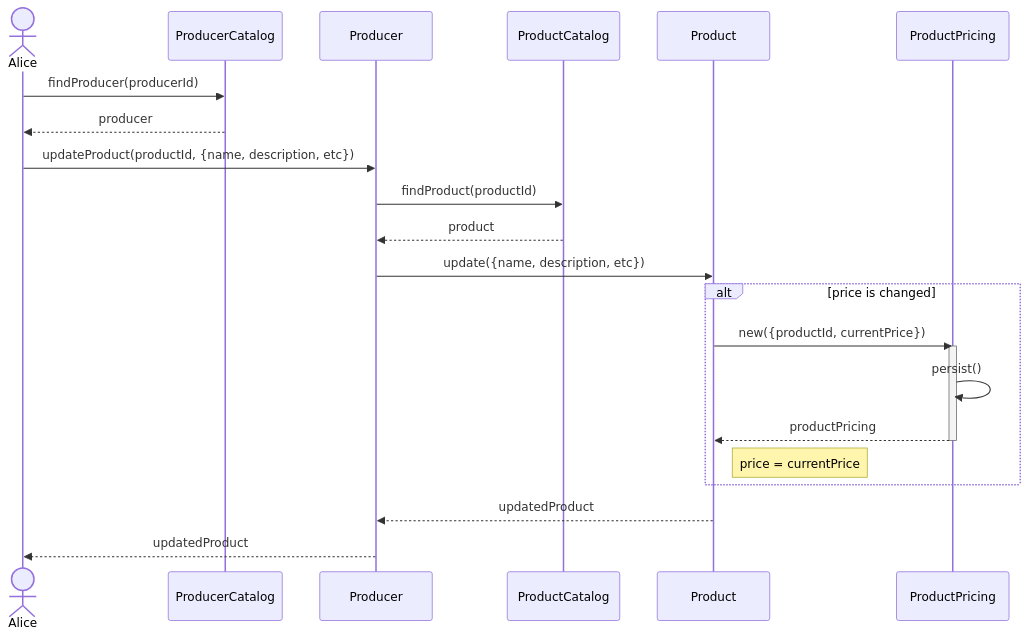
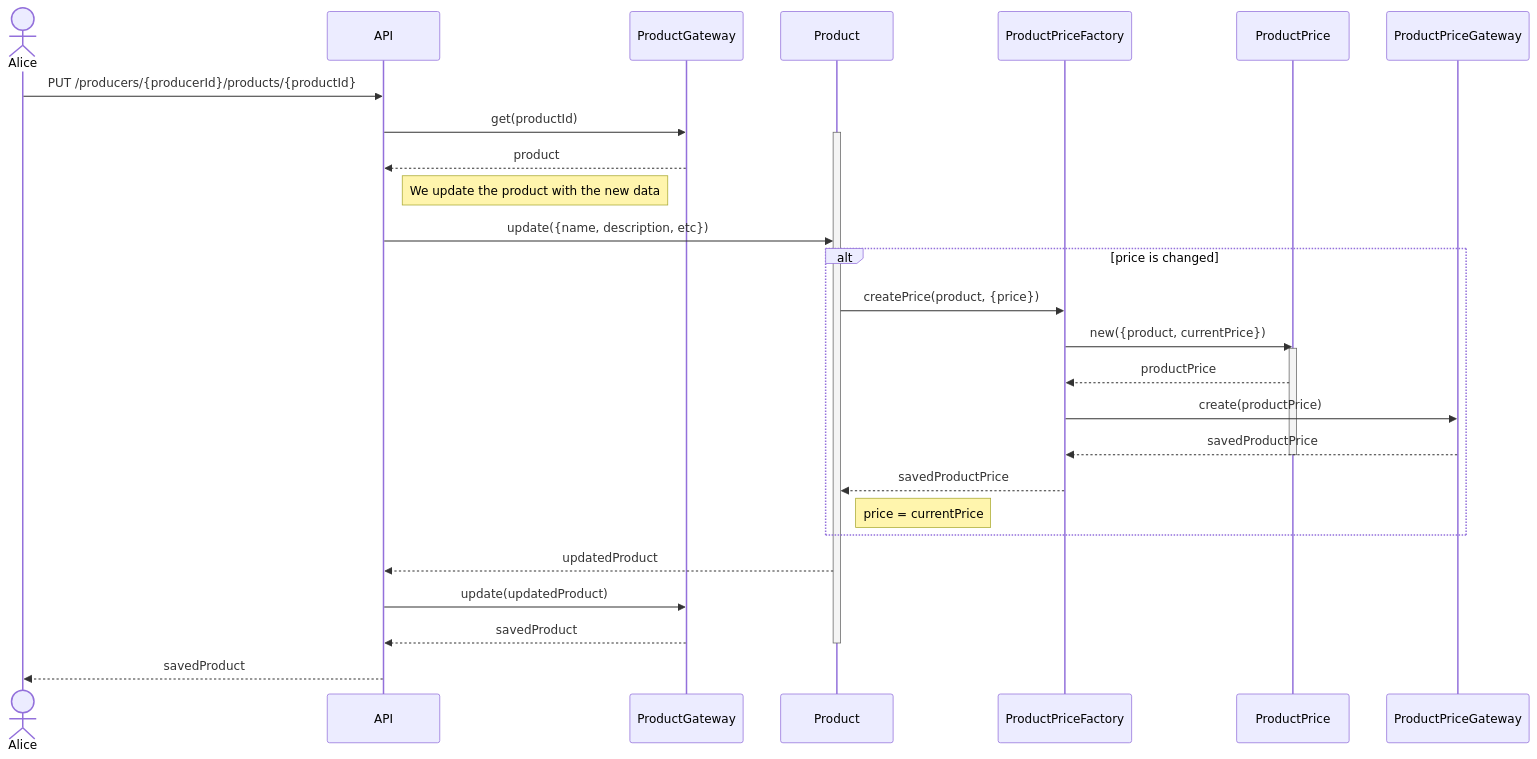
One commit to hivetown/planning changed diagram 23 of 32 in sequence.md. Above: the diagram before and after it, drawn with Mermaid. The commit also changed other lines of this file, not shown here.

Commit message:
diagramas de sequência

````diff
--- a/sequence.md
+++ b/sequence.md
@@ -774,32 +781,41 @@
 ```mermaid
 sequenceDiagram
     actor A as Alice
-    participant PC as ProducerCatalog
-    participant P as Producer
-    participant PrC as ProductCatalog
-    participant Pr as Product
-    participant PrP as ProductPricing
+    participant API as API
+    participant PG as ProductGateway
+    participant P as Product
+    participant PPF as ProductPriceFactory
+    participant PP as ProductPrice
+    participant PPG as ProductPriceGateway
 
-    A ->> PC: findProducer(producerId)
-    PC -->> A: producer
+    A ->> API: PUT /producers/{producerId}/products/{productId}
 
-    A ->> P: updateProduct(productId, {name, description, etc})
+    API ->> PG: get(productId)
+    activate P
+    PG -->> API: product
 
-    P ->> PrC: findProduct(productId)
-    PrC -->> P: product
+    Note right of API: We update the product with the new data
+    API ->> P: update({name, description, etc})
+    
+    alt price is changed
+        P ->> PPF: createPrice(product, {price})
+        PPF ->> PP: new({product, currentPrice})
+        activate PP
+        PP -->> PPF: productPrice
+        PPF ->> PPG: create(productPrice)
+        PPG -->> PPF: savedProductPrice
+        deactivate PP
+        PPF -->> P: savedProductPrice
 
-    P ->> Pr: update({name, description, etc})
-
-    alt price is changed
-        Pr ->> PrP: new({productId, currentPrice})
-        activate PrP
-        PrP ->> PrP: persist()
-        PrP -->> Pr: productPricing
-        deactivate PrP
-
-        Note right of Pr: price = currentPrice
+        Note right of P: price = currentPrice
     end
 
-    Pr -->> P: updatedProduct
-    P -->> A: updatedProduct
+
+    P -->> API: updatedProduct
+
+    API ->> PG: update(updatedProduct)
+    PG -->> API: savedProduct
+    deactivate P
+
+    API -->> A: savedProduct
 ```
````
